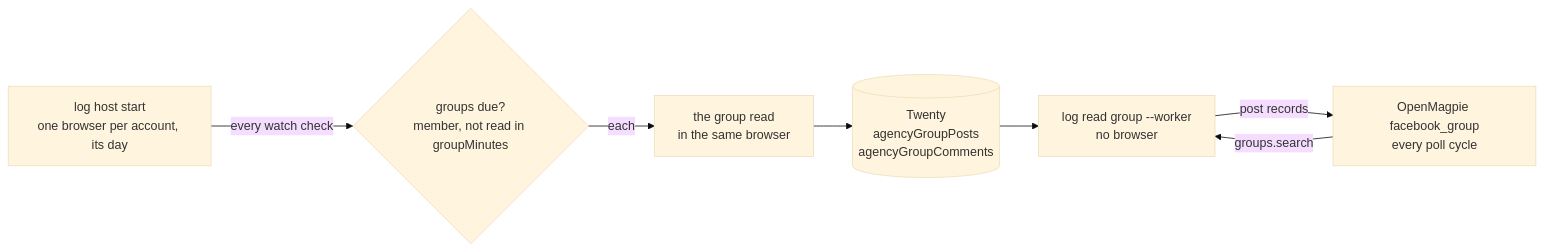
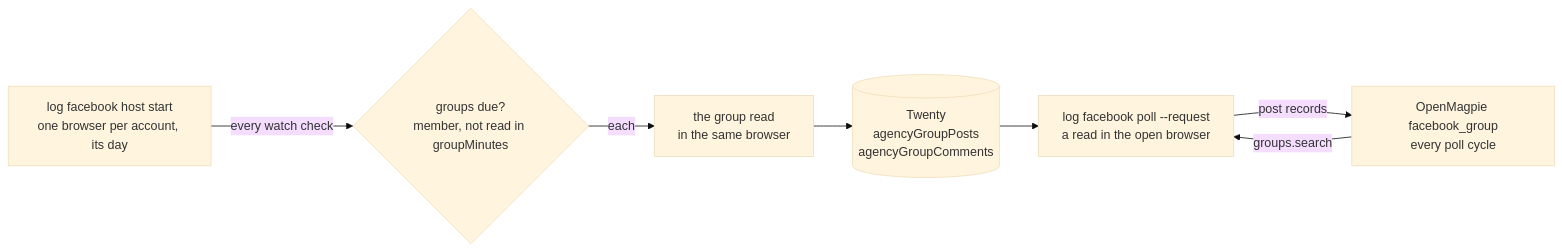
Before and after one commit to matthewdonsemail-lab/log: the diagram in docs/groupRead.md, drawn with Mermaid (base theme). The commit also changed other lines of this file and 349 other files, not shown here.

Commit message:
feat: the platform comes first, log <platform> <command> …, in every command; log facebook poll replaces read --worker (rule 63)

````diff
--- a/docs/groupRead.md
+++ b/docs/groupRead.md
@@ -46,9 +46,9 @@
 ```mermaid
 flowchart LR
-  H[log host start<br/>one browser per account, its day] -->|every watch check| D{groups due?<br/>member, not read in groupMinutes}
+  H[log facebook host start<br/>one browser per account, its day] -->|every watch check| D{groups due?<br/>member, not read in groupMinutes}
   D -->|each| R[the group read<br/>in the same browser]
   R --> T[(Twenty<br/>agencyGroupPosts<br/>agencyGroupComments)]
-  T --> W[log read group --worker<br/>no browser]
+  T --> W[log facebook poll --request<br/>a read in the open browser]
   O[OpenMagpie facebook_group<br/>every poll cycle] -->|groups.search| W
   W -->|post records| O
 ```
````
